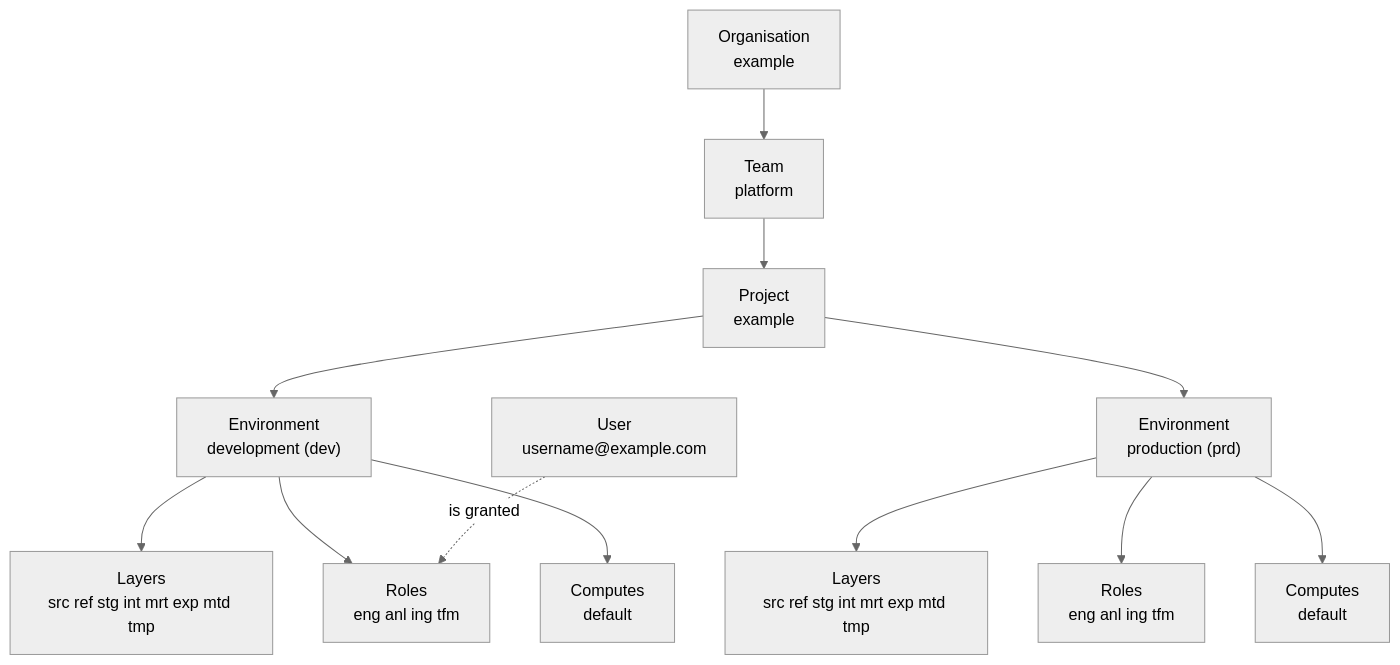
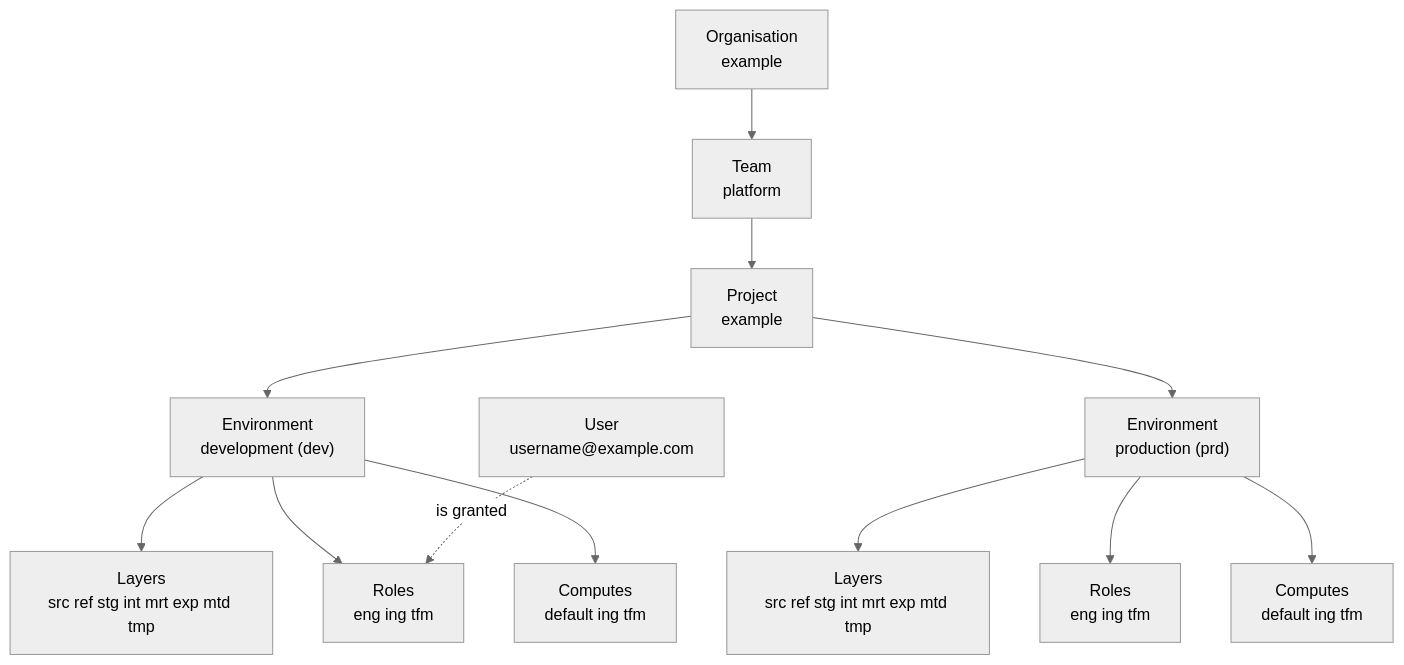
The first of 2 diagrams in docs/understand/index.md (rootcube/data-mesh-template), drawn with Mermaid (neutral theme) before and after one commit. The commit also changed 32 other files, not shown here.

Commit message:
feat: add ingest and transform computes, update roles and configurations (#81)

````diff
--- a/docs/understand/index.md
+++ b/docs/understand/index.md
@@ -22,17 +22,17 @@
 ```mermaid
 graph TD
     ORG["Organisation<br/>example"] --> TEAM["Team<br/>platform"]
     TEAM --> PRJ["Project<br/>example"]
     PRJ --> DEV["Environment<br/>development (dev)"]
     PRJ --> PRD["Environment<br/>production (prd)"]
 
     DEV --> LDEV["Layers<br/>src ref stg int mrt exp mtd tmp"]
-    DEV --> RDEV["Roles<br/>eng anl ing tfm"]
-    DEV --> CDEV["Computes<br/>default"]
+    DEV --> RDEV["Roles<br/>eng ing tfm"]
+    DEV --> CDEV["Computes<br/>default ing tfm"]
 
     PRD --> LPRD["Layers<br/>src ref stg int mrt exp mtd tmp"]
-    PRD --> RPRD["Roles<br/>eng anl ing tfm"]
-    PRD --> CPRD["Computes<br/>default"]
+    PRD --> RPRD["Roles<br/>eng ing tfm"]
+    PRD --> CPRD["Computes<br/>default ing tfm"]
 
     USR["User<br/>username@example.com"] -. is granted .-> RDEV
 ```
````
